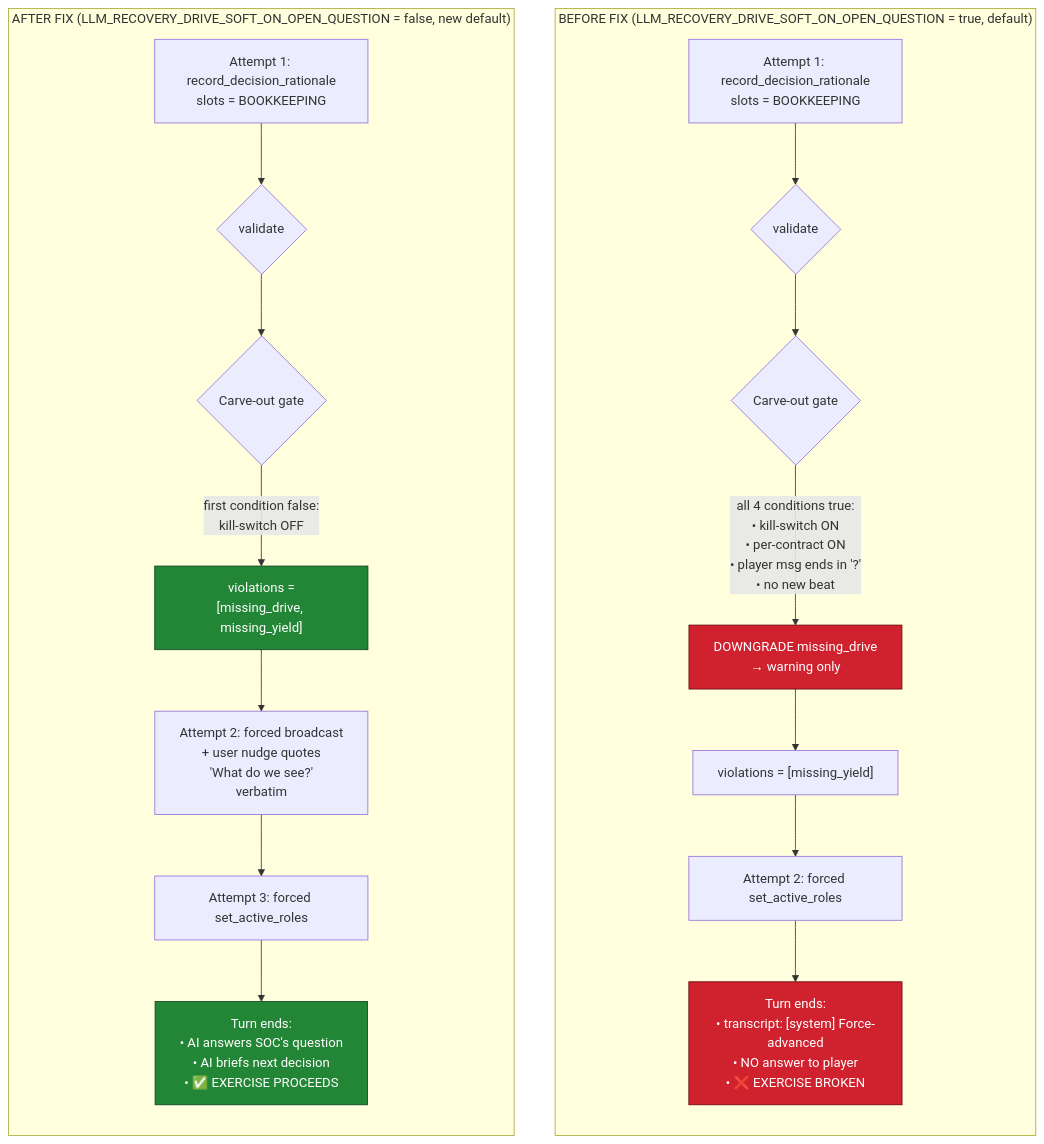
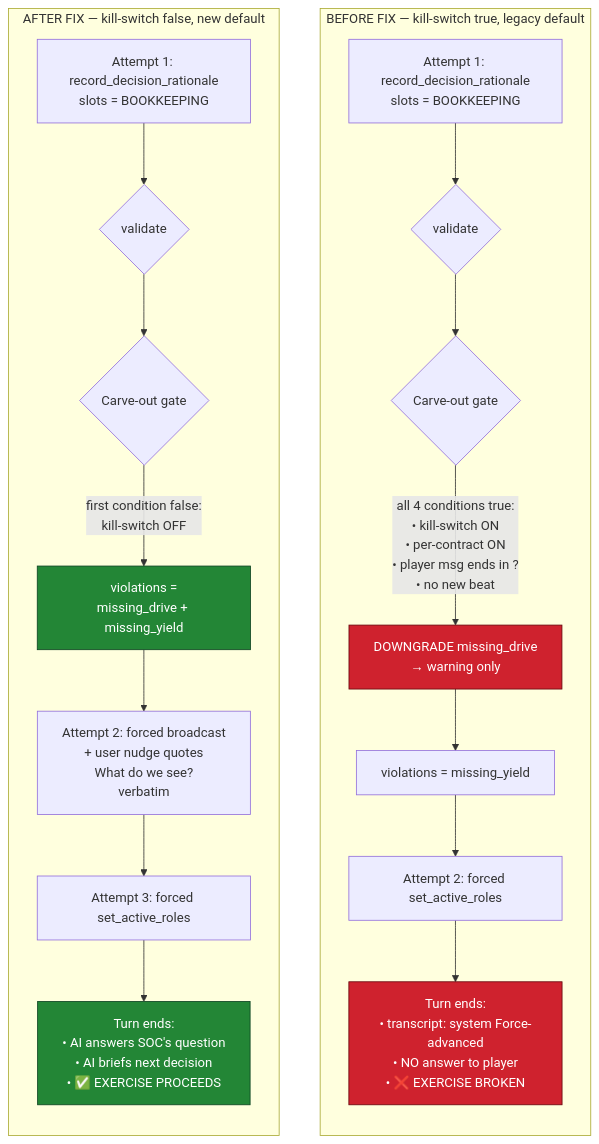
One commit to nebriv/Crittable changed the ninth of 13 diagrams in docs/turn-lifecycle.md. Above: the diagram before and after it, drawn with Mermaid. The commit also changed other lines of this file and 1 other file, not shown here.

First line of the commit message:
docs: fix Mermaid render errors in turn-lifecycle.md + tool-design.md

````diff
--- a/docs/turn-lifecycle.md
+++ b/docs/turn-lifecycle.md
@@ -490,29 +491,29 @@
 ```mermaid
 flowchart TD
-    subgraph PRE["BEFORE FIX (LLM_RECOVERY_DRIVE_SOFT_ON_OPEN_QUESTION = true, default)"]
+    subgraph PRE["BEFORE FIX — kill-switch true, legacy default"]
         direction TB
-        A1[Attempt 1: record_decision_rationale<br/>slots = BOOKKEEPING]
-        A1 --> A2{validate}
-        A2 --> A3{Carve-out gate}
-        A3 -- "all 4 conditions true:<br/>• kill-switch ON<br/>• per-contract ON<br/>• player msg ends in '?'<br/>• no new beat" --> A4["DOWNGRADE missing_drive<br/>→ warning only"]:::badPath
-        A4 --> A5["violations = [missing_yield]"]
-        A5 --> A6[Attempt 2: forced set_active_roles]
-        A6 --> A7["Turn ends:<br/>• transcript: [system] Force-advanced<br/>• NO answer to player<br/>• ❌ EXERCISE BROKEN"]:::brokenEnd
+        A1["Attempt 1: record_decision_rationale<br/>slots = BOOKKEEPING"]
+        A1 --> A2{"validate"}
+        A2 --> A3{"Carve-out gate"}
+        A3 -- "all 4 conditions true:<br/>• kill-switch ON<br/>• per-contract ON<br/>• player msg ends in ?<br/>• no new beat" --> A4["DOWNGRADE missing_drive<br/>→ warning only"]:::badPath
+        A4 --> A5["violations = missing_yield"]
+        A5 --> A6["Attempt 2: forced set_active_roles"]
+        A6 --> A7["Turn ends:<br/>• transcript: system Force-advanced<br/>• NO answer to player<br/>• ❌ EXERCISE BROKEN"]:::brokenEnd
     end
 
-    subgraph POST["AFTER FIX (LLM_RECOVERY_DRIVE_SOFT_ON_OPEN_QUESTION = false, new default)"]
+    subgraph POST["AFTER FIX — kill-switch false, new default"]
         direction TB
-        B1[Attempt 1: record_decision_rationale<br/>slots = BOOKKEEPING]
-        B1 --> B2{validate}
-        B2 --> B3{Carve-out gate}
-        B3 -- "first condition false:<br/>kill-switch OFF" --> B4["violations =<br/>[missing_drive, missing_yield]"]:::goodPath
-        B4 --> B5[Attempt 2: forced broadcast<br/>+ user nudge quotes<br/>'What do we see?'<br/>verbatim]
-        B5 --> B6[Attempt 3: forced set_active_roles]
+        B1["Attempt 1: record_decision_rationale<br/>slots = BOOKKEEPING"]
+        B1 --> B2{"validate"}
+        B2 --> B3{"Carve-out gate"}
+        B3 -- "first condition false:<br/>kill-switch OFF" --> B4["violations =<br/>missing_drive + missing_yield"]:::goodPath
+        B4 --> B5["Attempt 2: forced broadcast<br/>+ user nudge quotes<br/>What do we see?<br/>verbatim"]
+        B5 --> B6["Attempt 3: forced set_active_roles"]
         B6 --> B7["Turn ends:<br/>• AI answers SOC's question<br/>• AI briefs next decision<br/>• ✅ EXERCISE PROCEEDS"]:::workingEnd
     end
 
     classDef badPath fill:#cf222e,stroke:#67060c,color:#fff
     classDef brokenEnd fill:#cf222e,stroke:#67060c,color:#fff
     classDef goodPath fill:#238636,stroke:#0d4321,color:#fff
     classDef workingEnd fill:#238636,stroke:#0d4321,color:#fff
 ```
````
